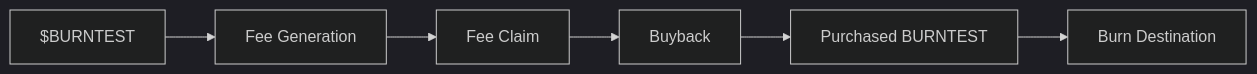
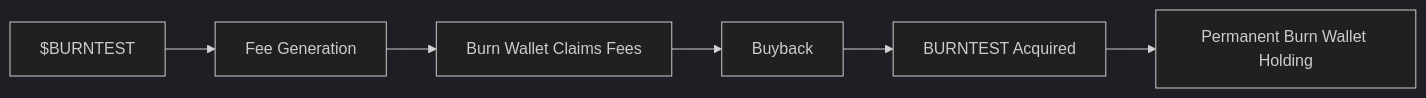
One commit to Horsaeshit/test changed the fourth of 7 diagrams in README.md. Above: the diagram before and after it, drawn with Mermaid (dark theme). The commit also changed other lines of this file, not shown here.

````diff
--- a/README.md
+++ b/README.md
@@ -193,15 +284,15 @@
 ```mermaid
 flowchart LR
     A["$BURNTEST"]
     B["Fee Generation"]
-    C["Fee Claim"]
+    C["Burn Wallet Claims Fees"]
     D["Buyback"]
-    E["Purchased BURNTEST"]
-    F["Burn Destination"]
+    E["BURNTEST Acquired"]
+    F["Permanent Burn Wallet Holding"]
 
     A --> B
     B --> C
     C --> D
     D --> E
     E --> F
 ```
````
